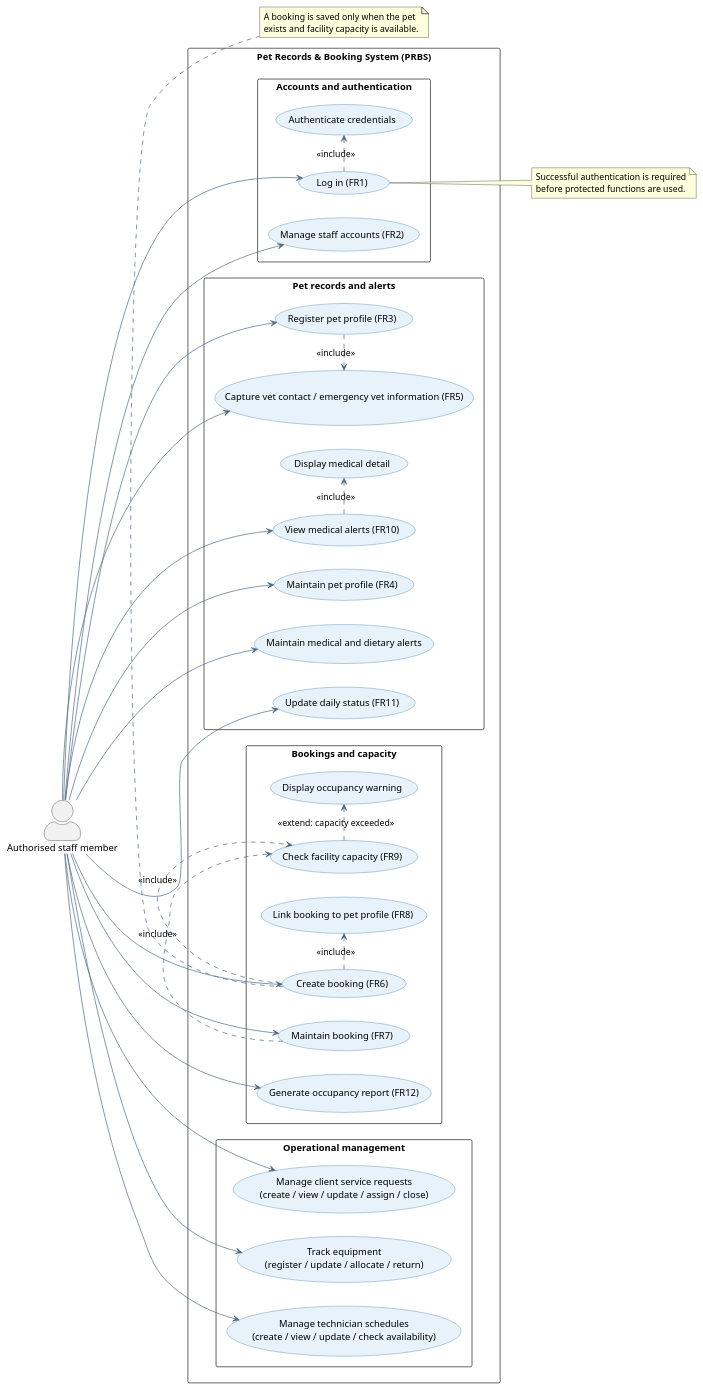
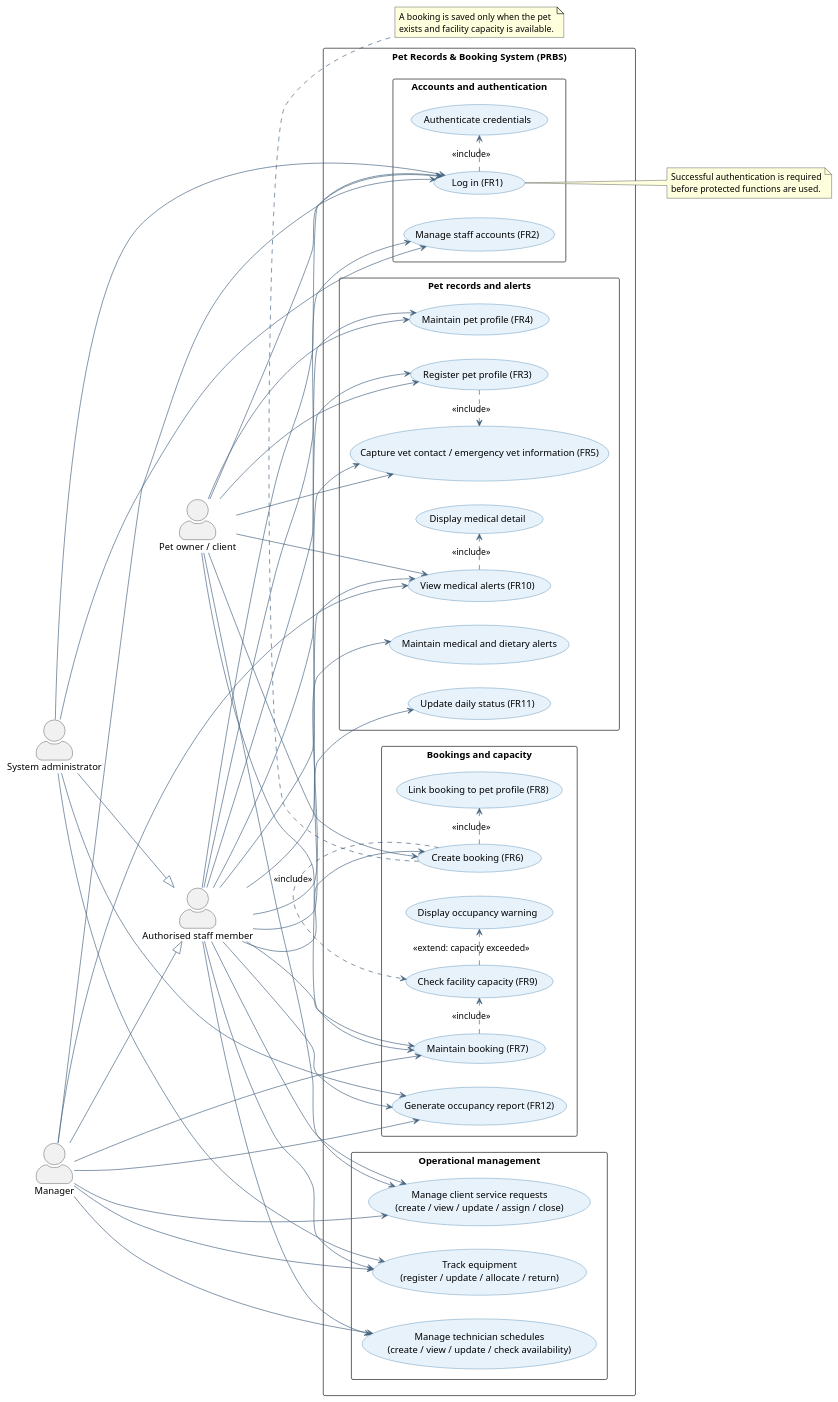
The diagram in docs/prbs-use-case.puml (kk4m0/my_builds), drawn with PlantUML before and after one commit. The commit also changed 1 other file, not shown here.

Commit message:
Add missing PRBS actors to use case diagram

```diff
--- a/docs/prbs-use-case.puml
+++ b/docs/prbs-use-case.puml
@@ -1,79 +1,107 @@
 @startuml PRBS-Use-Case
 left to right direction
 skinparam packageStyle rectangle
 skinparam shadowing false
 skinparam actorStyle awesome
 skinparam usecase {
   BackgroundColor #E7F2FB
   BorderColor #2B6F9F
   ArrowColor #486581
 }
 
 actor "Authorised staff member" as Staff
+actor "Pet owner / client" as PetOwner
+actor "System administrator" as Admin
+actor "Manager" as Manager
+
+Admin --|> Staff
+Manager --|> Staff
 
 rectangle "Pet Records & Booking System (PRBS)" {
   package "Accounts and authentication" {
     usecase "Log in (FR1)" as UC_Login
     usecase "Authenticate credentials" as UC_Credentials
     usecase "Manage staff accounts (FR2)" as UC_StaffAccounts
   }
 
   package "Pet records and alerts" {
     usecase "Register pet profile (FR3)" as UC_RegisterPet
     usecase "Maintain pet profile (FR4)" as UC_MaintainPet
     usecase "Capture vet contact / emergency vet information (FR5)" as UC_VetContact
     usecase "Maintain medical and dietary alerts" as UC_MaintainAlerts
     usecase "View medical alerts (FR10)" as UC_ViewAlerts
     usecase "Display medical detail" as UC_MedicalDetail
     usecase "Update daily status (FR11)" as UC_DailyStatus
   }
 
   package "Bookings and capacity" {
     usecase "Create booking (FR6)" as UC_CreateBooking
     usecase "Maintain booking (FR7)" as UC_MaintainBooking
     usecase "Link booking to pet profile (FR8)" as UC_LinkPet
     usecase "Check facility capacity (FR9)" as UC_Capacity
     usecase "Display occupancy warning" as UC_OccupancyWarning
     usecase "Generate occupancy report (FR12)" as UC_OccupancyReport
   }
 
   package "Operational management" {
     usecase "Manage client service requests\n(create / view / update / assign / close)" as UC_Requests
     usecase "Track equipment\n(register / update / allocate / return)" as UC_Equipment
     usecase "Manage technician schedules\n(create / view / update / check availability)" as UC_Schedules
   }
 }
 
 Staff --> UC_Login
 Staff --> UC_StaffAccounts
 Staff --> UC_RegisterPet
 Staff --> UC_MaintainPet
 Staff --> UC_VetContact
 Staff --> UC_MaintainAlerts
 Staff --> UC_ViewAlerts
 Staff --> UC_DailyStatus
 Staff --> UC_CreateBooking
 Staff --> UC_MaintainBooking
 Staff --> UC_OccupancyReport
 Staff --> UC_Requests
 Staff --> UC_Equipment
 Staff --> UC_Schedules
 
+PetOwner --> UC_Login
+PetOwner --> UC_RegisterPet
+PetOwner --> UC_MaintainPet
+PetOwner --> UC_VetContact
+PetOwner --> UC_CreateBooking
+PetOwner --> UC_MaintainBooking
+PetOwner --> UC_ViewAlerts
+PetOwner --> UC_Requests
+
+Admin --> UC_Login
+Admin --> UC_StaffAccounts
+Admin --> UC_Equipment
+Admin --> UC_OccupancyReport
+
+Manager --> UC_Login
+Manager --> UC_ViewAlerts
+Manager --> UC_MaintainBooking
+Manager --> UC_OccupancyReport
+Manager --> UC_Requests
+Manager --> UC_Equipment
+Manager --> UC_Schedules
+
 UC_Login .> UC_Credentials : <<include>>
 UC_RegisterPet .> UC_VetContact : <<include>>
 UC_CreateBooking .> UC_LinkPet : <<include>>
 UC_CreateBooking .> UC_Capacity : <<include>>
 UC_MaintainBooking .> UC_Capacity : <<include>>
 UC_Capacity .> UC_OccupancyWarning : <<extend: capacity exceeded>>
 UC_ViewAlerts .> UC_MedicalDetail : <<include>>
 
 note right of UC_Login
 Successful authentication is required
 before protected functions are used.
 end note
 
 note bottom of UC_CreateBooking
 A booking is saved only when the pet
 exists and facility capacity is available.
 end note
 @enduml
```
